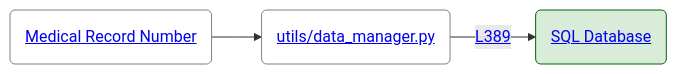
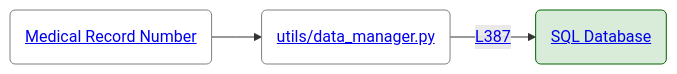
One commit to hounddogai/hounddog changed the third of 12 diagrams in hounddog-sample-report.md. Above: the diagram before and after it, drawn with Mermaid. The commit also changed other lines of this file and 1 other file, not shown here.

Commit message:
Update demo.gif and hounddog-sample-report.md

````diff
--- a/hounddog-sample-report.md
+++ b/hounddog-sample-report.md
@@ -325,13 +328,13 @@
 ```mermaid
 %%{init: {'flowchart': {'curve': 'linear'}}}%%
 flowchart LR
 de_47("<a href='#data-element-47'>Medical Record Number</a>")
 style de_47 fill:none,stroke:#808080,stroke-width:1px
 file_47_f3b82eca6148dc549059de4f35e70529("<a href='https://github.com/hounddogai/hounddog-test-python-app/blob/781c916790f5/utils/data_manager.py'>utils/data_manager.py</a>")
 style file_47_f3b82eca6148dc549059de4f35e70529 fill:none,stroke:#808080,stroke-width:1px
 de_47 --> file_47_f3b82eca6148dc549059de4f35e70529
-file_47_f3b82eca6148dc549059de4f35e70529 --> |<a href='https://github.com/hounddogai/hounddog-test-python-app/blob/781c916790f5/utils/data_manager.py#L389-L389'>L389</a>| sink_sql_db
+file_47_f3b82eca6148dc549059de4f35e70529 --> |<a href='https://github.com/hounddogai/hounddog-test-python-app/blob/781c916790f5/utils/data_manager.py#L387-L387'>L387</a>| sink_sql_db
 sink_sql_db("<a href='#data-sink-sql-db'>SQL Database</a>")
 style sink_sql_db fill:#00800026,stroke:#006400,color:#006400
 
 ```
````
